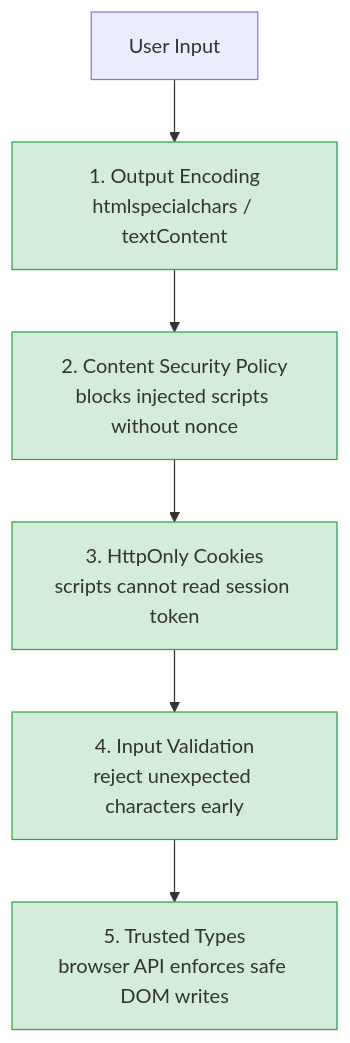
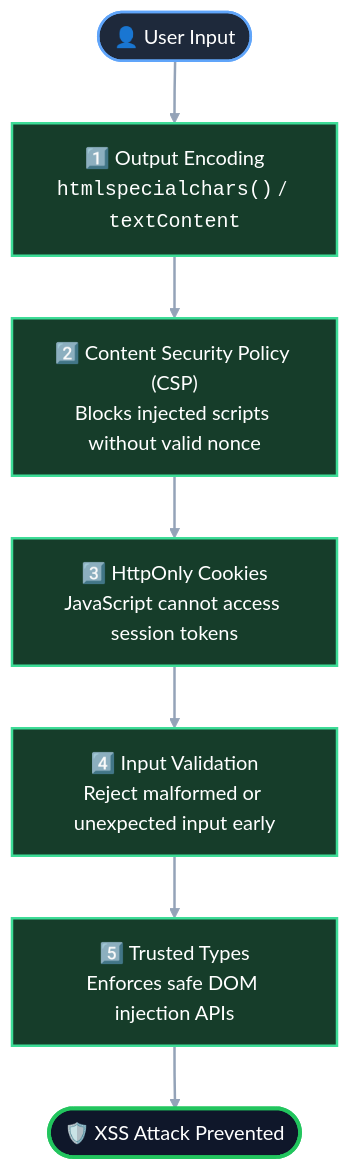
One commit to AlexBelik269/web-it changed the second of 2 diagrams in src/content/docs/security/web/xss.mdx. Above: the diagram before and after it, drawn with Mermaid. The commit also changed other lines of this file and 35 other files, not shown here.

````diff
--- a/src/content/docs/security/web/xss.mdx
+++ b/src/content/docs/security/web/xss.mdx
@@ -72,14 +75,30 @@
 ```mermaid
 flowchart TD
-    UI[User Input] --> OE[1. Output Encoding\nhtmlspecialchars / textContent]
-    OE --> CSP[2. Content Security Policy\nblocks injected scripts without nonce]
-    CSP --> HC[3. HttpOnly Cookies\nscripts cannot read session token]
-    HC --> IV[4. Input Validation\nreject unexpected characters early]
-    IV --> TT[5. Trusted Types\nbrowser API enforces safe DOM writes]
 
-    style OE fill:#d4edda,stroke:#28a745
-    style CSP fill:#d4edda,stroke:#28a745
-    style HC fill:#d4edda,stroke:#28a745
-    style IV fill:#d4edda,stroke:#28a745
-    style TT fill:#d4edda,stroke:#28a745
+    %% Flow
+    UI([👤 User Input])
+
+    UI --> OE["1️⃣ Output Encoding<br/><code>htmlspecialchars()</code> / <code>textContent</code>"]
+
+    OE --> CSP["2️⃣ Content Security Policy (CSP)<br/>Blocks injected scripts without valid nonce"]
+
+    CSP --> HC["3️⃣ HttpOnly Cookies<br/>JavaScript cannot access session tokens"]
+
+    HC --> IV["4️⃣ Input Validation<br/>Reject malformed or unexpected input early"]
+
+    IV --> TT["5️⃣ Trusted Types<br/>Enforces safe DOM injection APIs"]
+
+    TT --> SAFE([🛡️ XSS Attack Prevented])
+
+    %% Styling
+    classDef start fill:#1e293b,stroke:#60a5fa,color:#ffffff,stroke-width:2px;
+    classDef defense fill:#163d2a,stroke:#3ddc97,color:#ffffff,stroke-width:2px;
+    classDef eend fill:#0f172a,stroke:#22c55e,color:#ffffff,stroke-width:3px;
+
+    class UI start;
+    class OE,CSP,HC,IV,TT defense;
+    class SAFE eend;
+
+    %% Link Styling
+    linkStyle default stroke:#94a3b8,stroke-width:2px;
 ```
````
